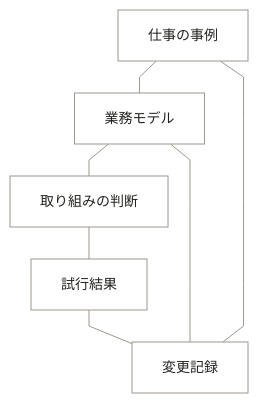
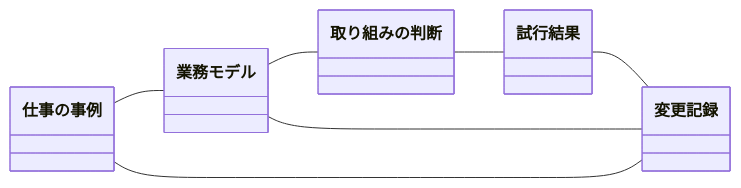
One commit to maakbo/fde changed the fourth of 4 diagrams in experiments/fde-product-pivot/visualization/README.md. Above: the diagram before and after it, drawn with Mermaid.

Commit message:
Try a standard horizontal class diagram for information

````diff
--- a/experiments/fde-product-pivot/visualization/README.md
+++ b/experiments/fde-product-pivot/visualization/README.md
@@ -198,33 +198,18 @@
 ```mermaid
----
-config:
-  layout: dagre
-  theme: neutral
-  flowchart:
-    curve: linear
-    htmlLabels: false
-    nodeSpacing: 24
-    rankSpacing: 32
-  themeVariables:
-    lineColor: "#9E988E"
-    fontFamily: "Inter, Hiragino Sans, sans-serif"
-    fontSize: "14px"
----
-flowchart TB
+classDiagram
+  direction LR
   accTitle: fdeを育てる仕事で扱う情報
-  accDescr: 仕事の事例、業務モデル、取り組みの判断、試行結果、変更記録がどう関係するか。
-  %% 根拠・参照先の関連。取り組みの判断に試す条件を記した場合のみ試行結果が生じ得る。変更記録は日々の事例または試行結果に基づき、試行は必須でない。
-  i_work_example["仕事の事例"]
-  i_work_model["業務モデル"]
-  i_direction["取り組みの判断"]
-  i_trial["試行結果"]
-  i_change["変更記録"]
-  i_work_example --- i_work_model
-  i_work_model --- i_direction
-  i_direction --- i_trial
-  i_trial --- i_change
-  i_work_example --- i_change
-  i_work_model --- i_change
-  classDef entity fill:#FFFFFF,stroke:#9E988E,stroke-width:1px,color:#25231F
-  class i_work_example,i_work_model,i_direction,i_trial,i_change entity
+  accDescr: 仕事の事例、業務モデル、取り組みの判断、試行結果、変更記録の関係。
+  %% 試行は条件付き。線は根拠・参照先の関係であり、作業順を示さない。
+  class i_work_example["仕事の事例"]
+  class i_work_model["業務モデル"]
+  class i_direction["取り組みの判断"]
+  class i_trial["試行結果"]
+  class i_change["変更記録"]
+  i_work_example -- i_work_model
+  i_work_model -- i_direction
+  i_direction -- i_trial
+  i_trial -- i_change
+  i_work_example -- i_change
+  i_work_model -- i_change
 ```
````
